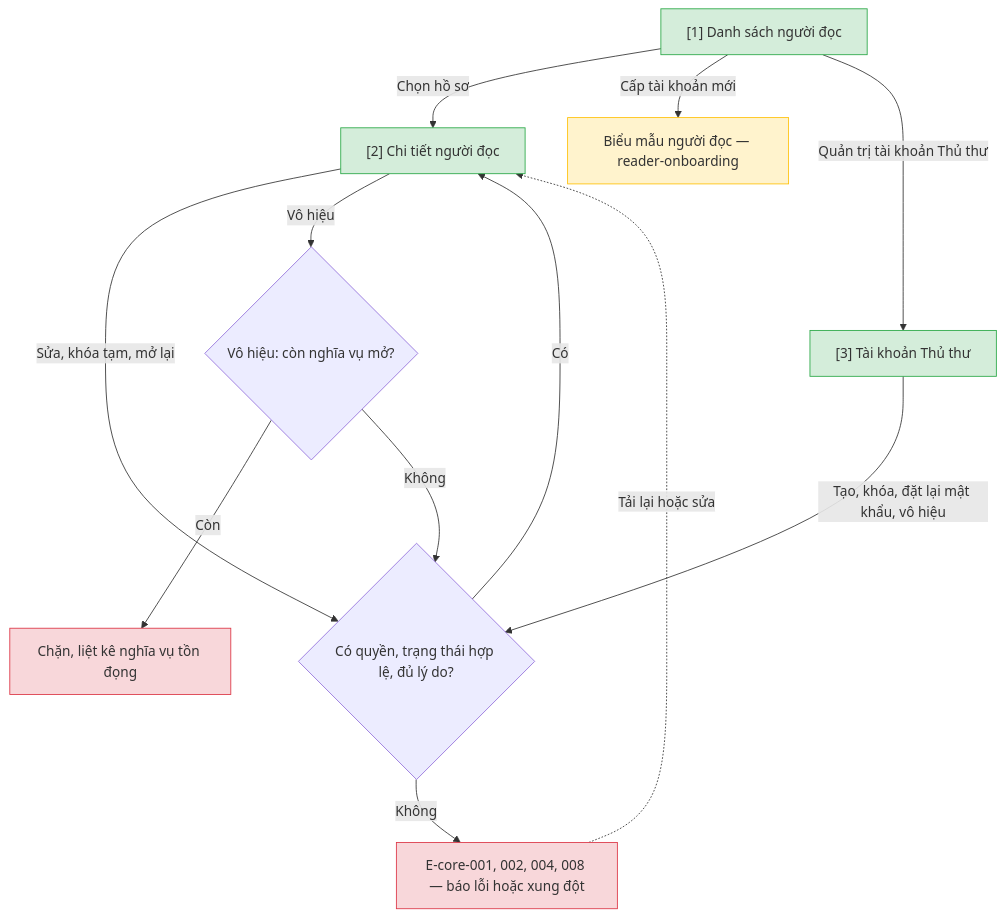
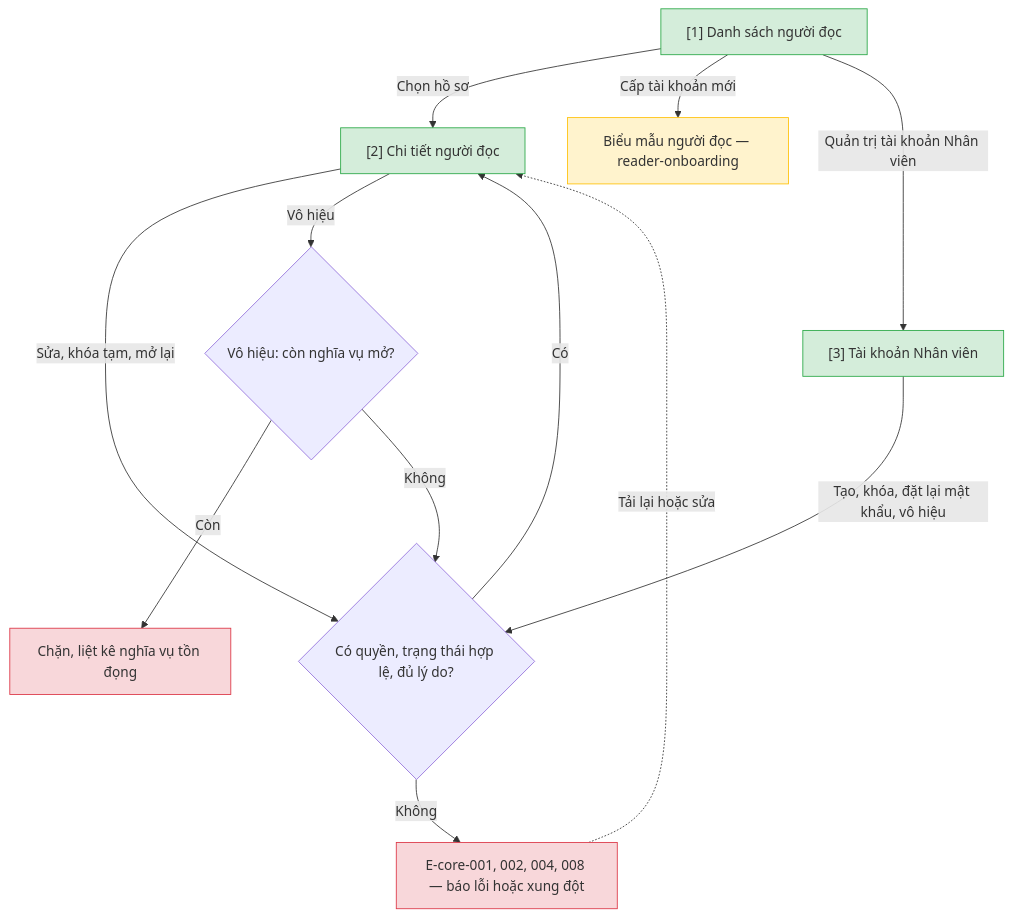
Before and after one commit to DatTran26/quanlythuvien: the diagram in docs/features/account-admin/srs/account-admin-userflow.md, drawn with Mermaid. The commit also changed other lines of this file and 250 other files, not shown here.

````diff
--- a/docs/features/account-admin/srs/account-admin-userflow.md
+++ b/docs/features/account-admin/srs/account-admin-userflow.md
@@ -16,30 +16,30 @@
 ```mermaid
 flowchart TD
     n1["[1] Danh sách người đọc"]
     n2["[2] Chi tiết người đọc"]
-    n3["[3] Tài khoản Thủ thư"]
+    n3["[3] Tài khoản Nhân viên"]
     d1{"Có quyền, trạng thái hợp lệ, đủ lý do?"}
     d2{"Vô hiệu: còn nghĩa vụ mở?"}
     e1["E-core-001, 002, 004, 008 — báo lỗi hoặc xung đột"]
     e2["Chặn, liệt kê nghĩa vụ tồn đọng"]
     x1["Biểu mẫu người đọc — reader-onboarding"]
 
     n1 -->|"Chọn hồ sơ"| n2
     n1 -->|"Cấp tài khoản mới"| x1
     n2 -->|"Sửa, khóa tạm, mở lại"| d1
     n2 -->|"Vô hiệu"| d2
     d2 -->|"Còn"| e2
     d2 -->|"Không"| d1
     d1 -->|"Có"| n2
     d1 -->|"Không"| e1
     e1 -.->|"Tải lại hoặc sửa"| n2
-    n1 -->|"Quản trị tài khoản Thủ thư"| n3
+    n1 -->|"Quản trị tài khoản Nhân viên"| n3
     n3 -->|"Tạo, khóa, đặt lại mật khẩu, vô hiệu"| d1
 
     classDef happy fill:#d4edda,stroke:#28a745
     classDef error fill:#f8d7da,stroke:#dc3545
     classDef edge fill:#fff3cd,stroke:#ffc107
     class n1,n2,n3 happy
     class e1,e2 error
     class x1 edge
 ```
````
